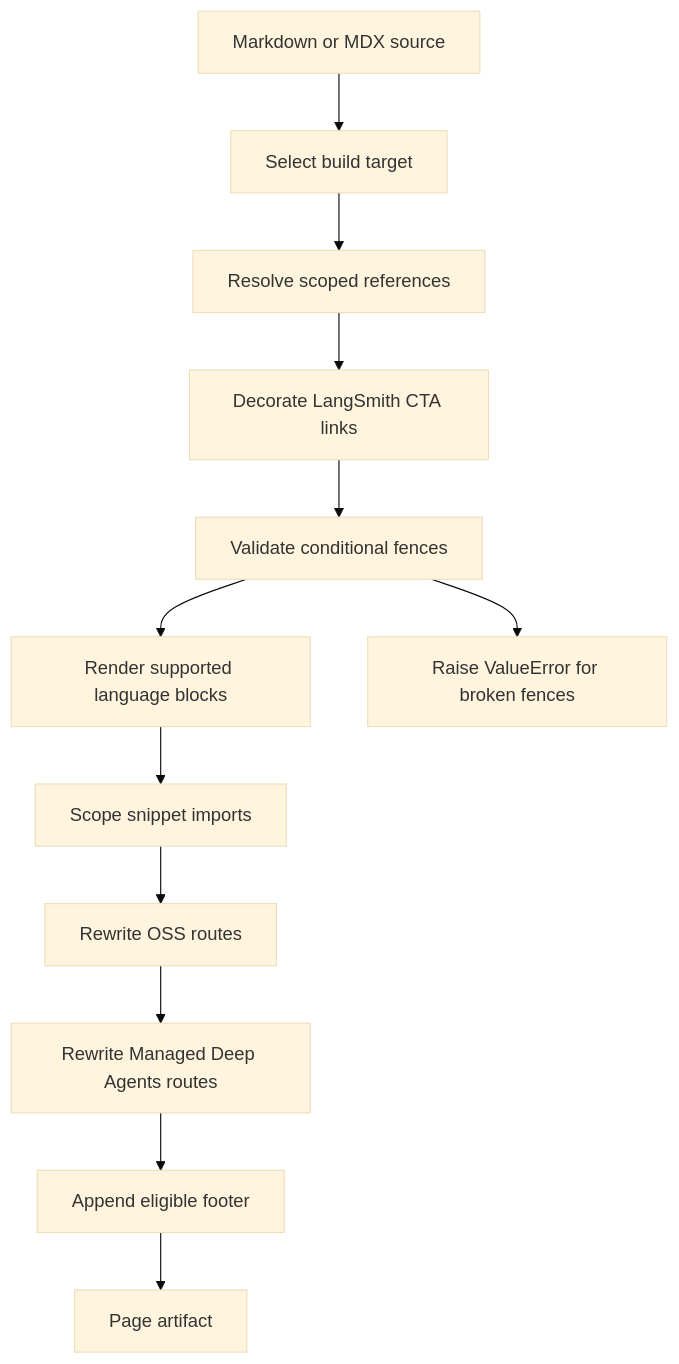
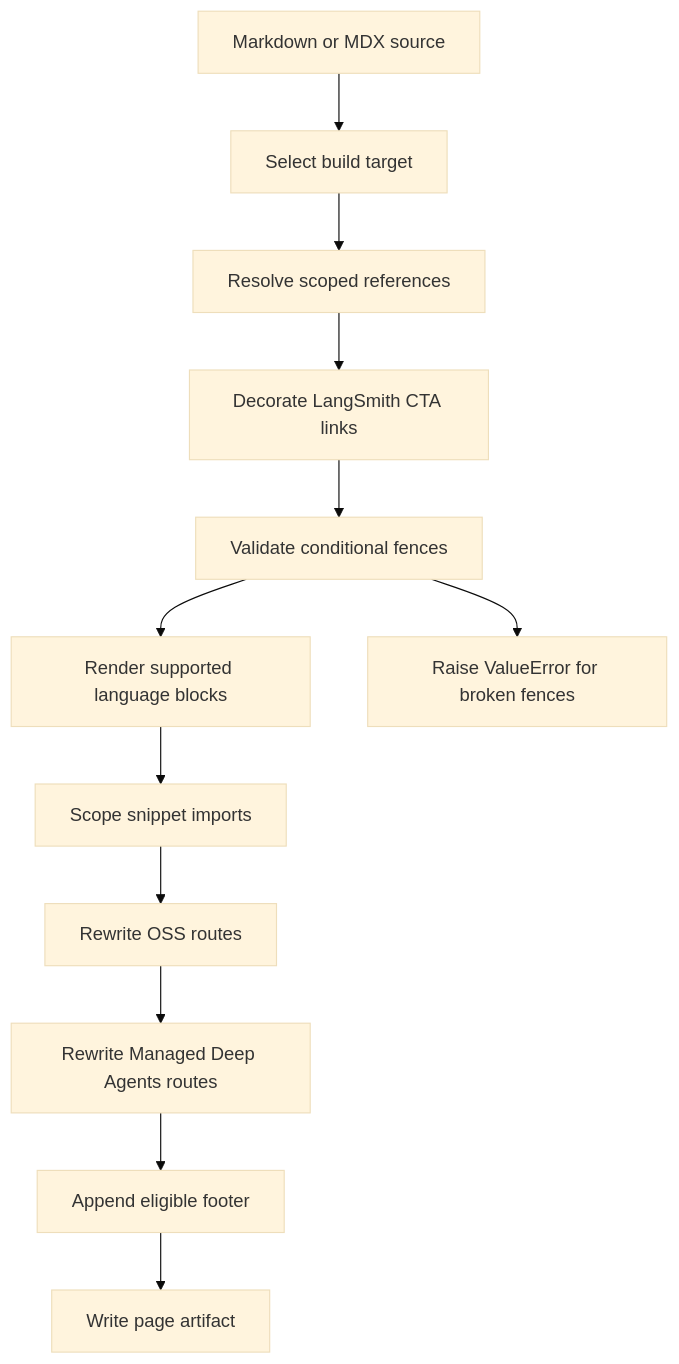
One commit to langchain-ai/docs changed the diagram in openwiki/concepts/preprocessing.md. Above: the diagram before and after it, drawn with Mermaid (base theme). The commit also changed other lines of this file and 54 other files, not shown here.

````diff
--- a/openwiki/concepts/preprocessing.md
+++ b/openwiki/concepts/preprocessing.md
@@ -43,14 +43,14 @@
 ```mermaid
 flowchart TD
     Source["Markdown or MDX source"] --> Select["Select build target"]
     Select --> References["Resolve scoped references"]
     References --> Cta["Decorate LangSmith CTA links"]
     Cta --> Validate["Validate conditional fences"]
     Validate --> Render["Render supported language blocks"]
     Render --> Snippets["Scope snippet imports"]
     Snippets --> Oss["Rewrite OSS routes"]
     Oss --> Managed["Rewrite Managed Deep Agents routes"]
     Managed --> Footer["Append eligible footer"]
-    Footer --> Output["Page artifact"]
+    Footer --> Output["Write page artifact"]
     Validate --> Failure["Raise ValueError for broken fences"]
 ```
````
